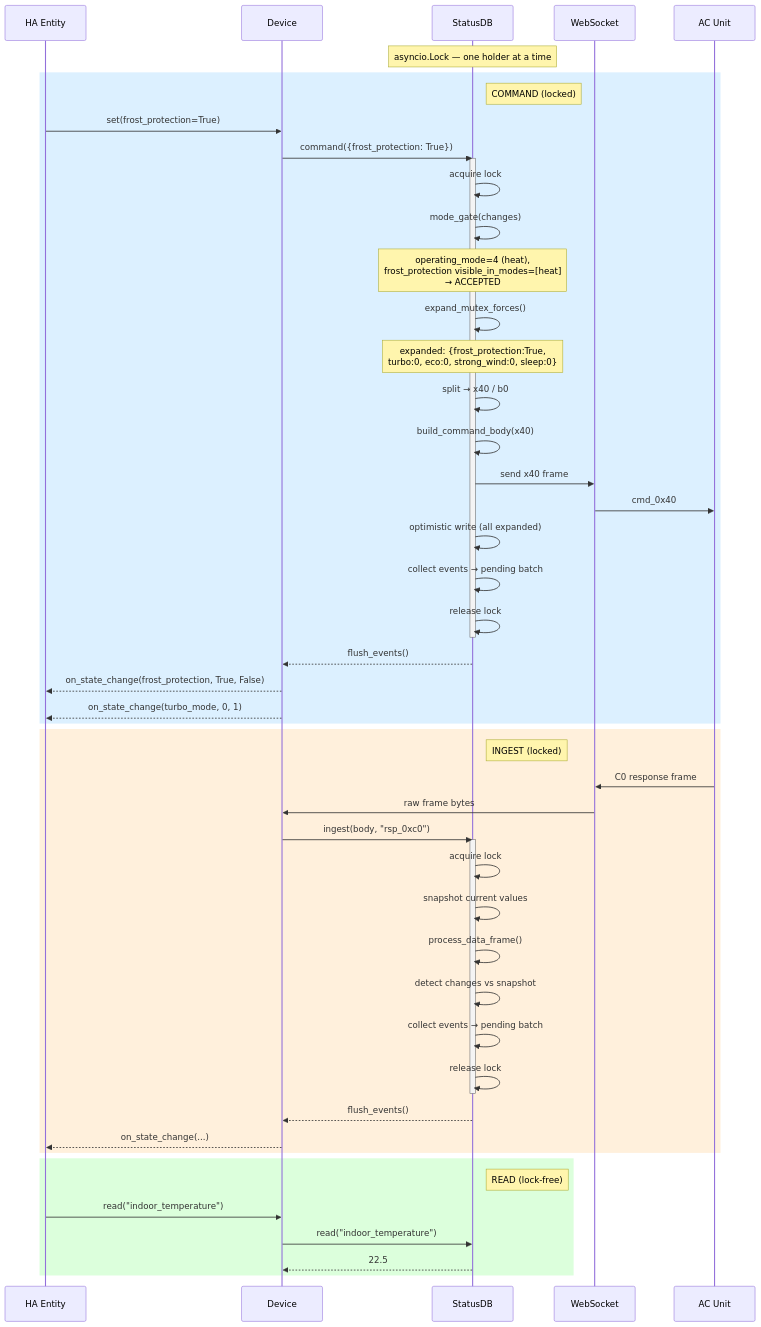
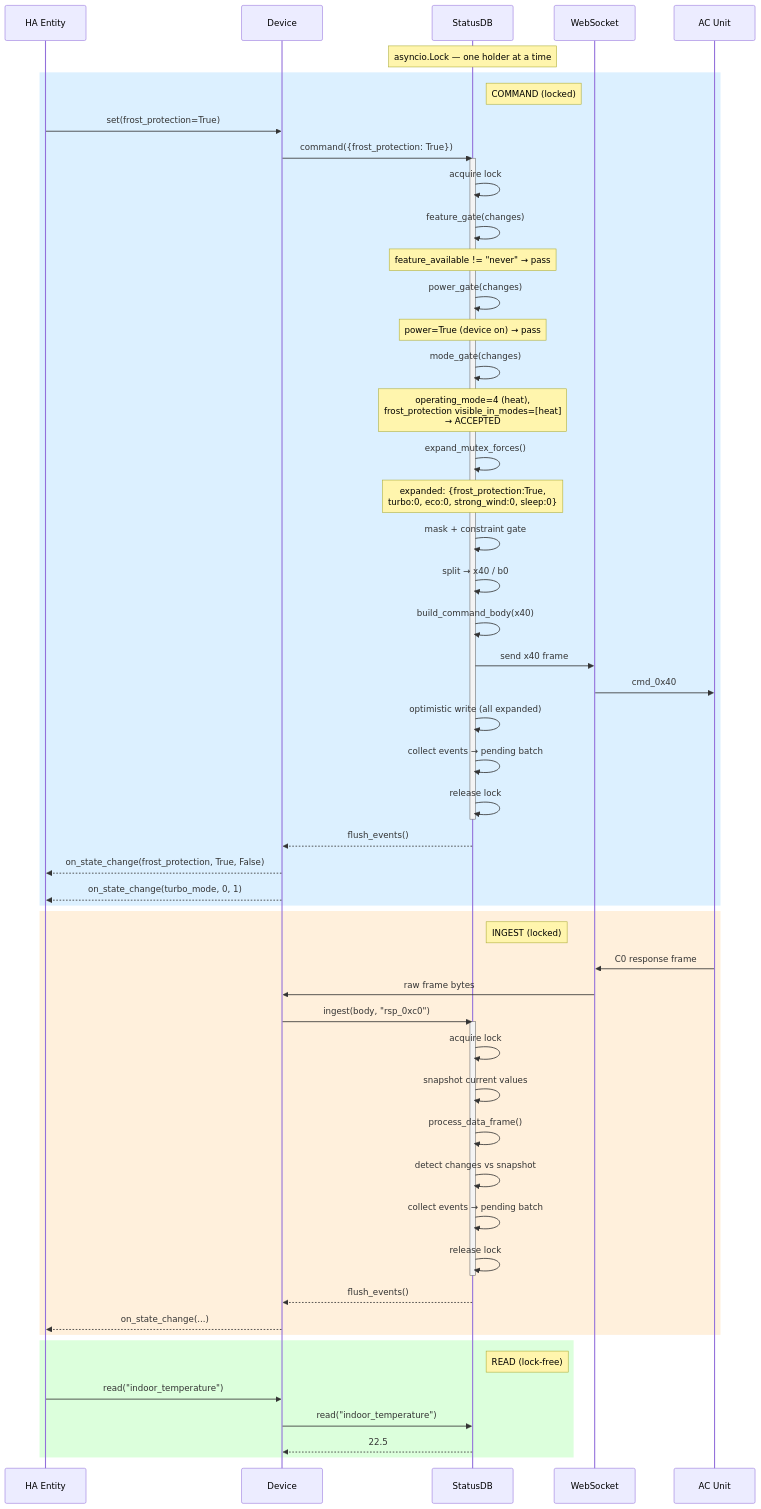
The first of 11 diagrams in docs/status_db.md (fabcoded/blaueis-libmidea), drawn with Mermaid before and after one commit. The commit also changed other lines of this file, not shown here.

First line of the commit message:
docs: status_db §5 — feature gate, power gate, mask, constraint gate

````diff
--- a/docs/status_db.md
+++ b/docs/status_db.md
@@ -173,57 +173,62 @@
 ```mermaid
 sequenceDiagram
     participant HA as HA Entity
     participant Dev as Device
     participant DB as StatusDB
     participant WS as WebSocket
     participant AC as AC Unit
 
     Note over DB: asyncio.Lock — one holder at a time
 
     rect rgb(220, 240, 255)
         Note right of DB: COMMAND (locked)
         HA->>Dev: set(frost_protection=True)
         Dev->>DB: command({frost_protection: True})
         activate DB
         DB->>DB: acquire lock
+        DB->>DB: feature_gate(changes)
+        Note over DB: feature_available != "never" → pass
+        DB->>DB: power_gate(changes)
+        Note over DB: power=True (device on) → pass
         DB->>DB: mode_gate(changes)
         Note over DB: operating_mode=4 (heat),<br/>frost_protection visible_in_modes=[heat]<br/>→ ACCEPTED
         DB->>DB: expand_mutex_forces()
         Note over DB: expanded: {frost_protection:True,<br/>turbo:0, eco:0, strong_wind:0, sleep:0}
+        DB->>DB: mask + constraint gate
         DB->>DB: split → x40 / b0
         DB->>DB: build_command_body(x40)
         DB->>WS: send x40 frame
         WS->>AC: cmd_0x40
         DB->>DB: optimistic write (all expanded)
         DB->>DB: collect events → pending batch
         DB->>DB: release lock
         deactivate DB
         DB-->>Dev: flush_events()
         Dev-->>HA: on_state_change(frost_protection, True, False)
         Dev-->>HA: on_state_change(turbo_mode, 0, 1)
     end
 
     rect rgb(255, 240, 220)
         Note right of DB: INGEST (locked)
         AC->>WS: C0 response frame
         WS->>Dev: raw frame bytes
         Dev->>DB: ingest(body, "rsp_0xc0")
         activate DB
         DB->>DB: acquire lock
         DB->>DB: snapshot current values
         DB->>DB: process_data_frame()
         DB->>DB: detect changes vs snapshot
         DB->>DB: collect events → pending batch
         DB->>DB: release lock
         deactivate DB
         DB-->>Dev: flush_events()
         Dev-->>HA: on_state_change(...)
     end
 
     rect rgb(220, 255, 220)
         Note right of DB: READ (lock-free)
         HA->>Dev: read("indoor_temperature")
         Dev->>DB: read("indoor_temperature")
         DB-->>Dev: 22.5
     end
 ```
````
